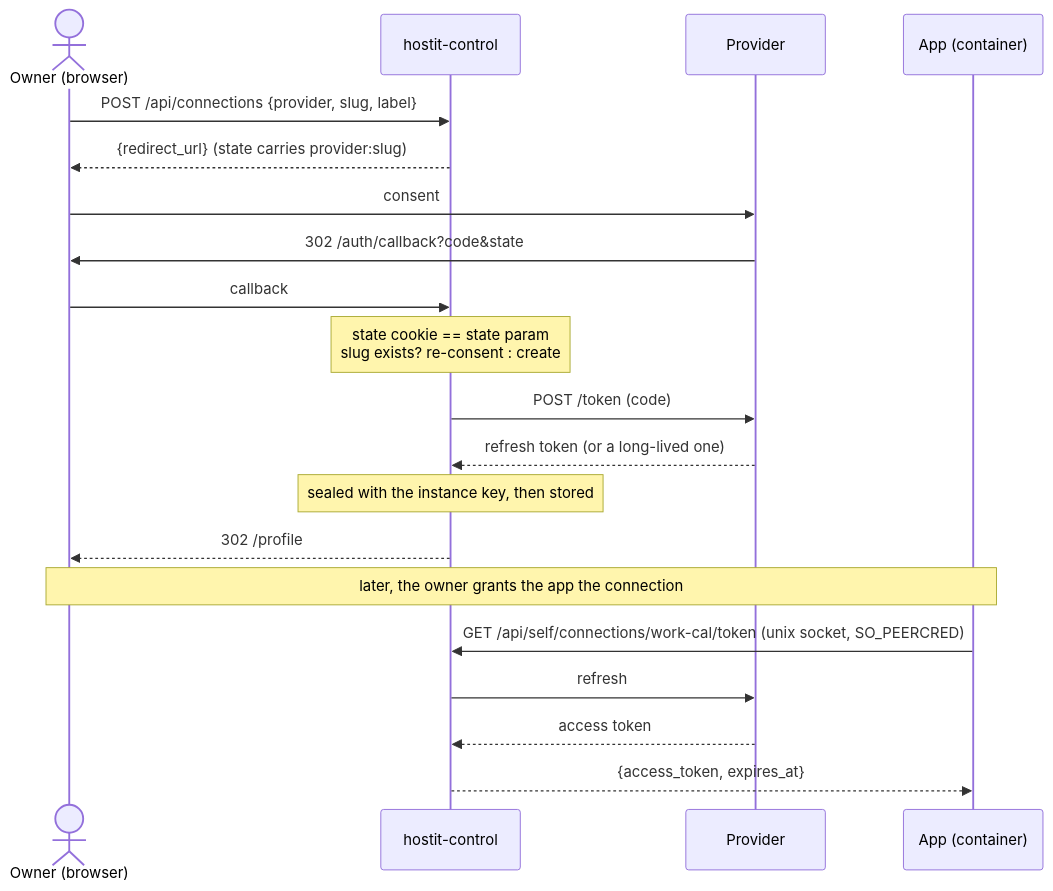
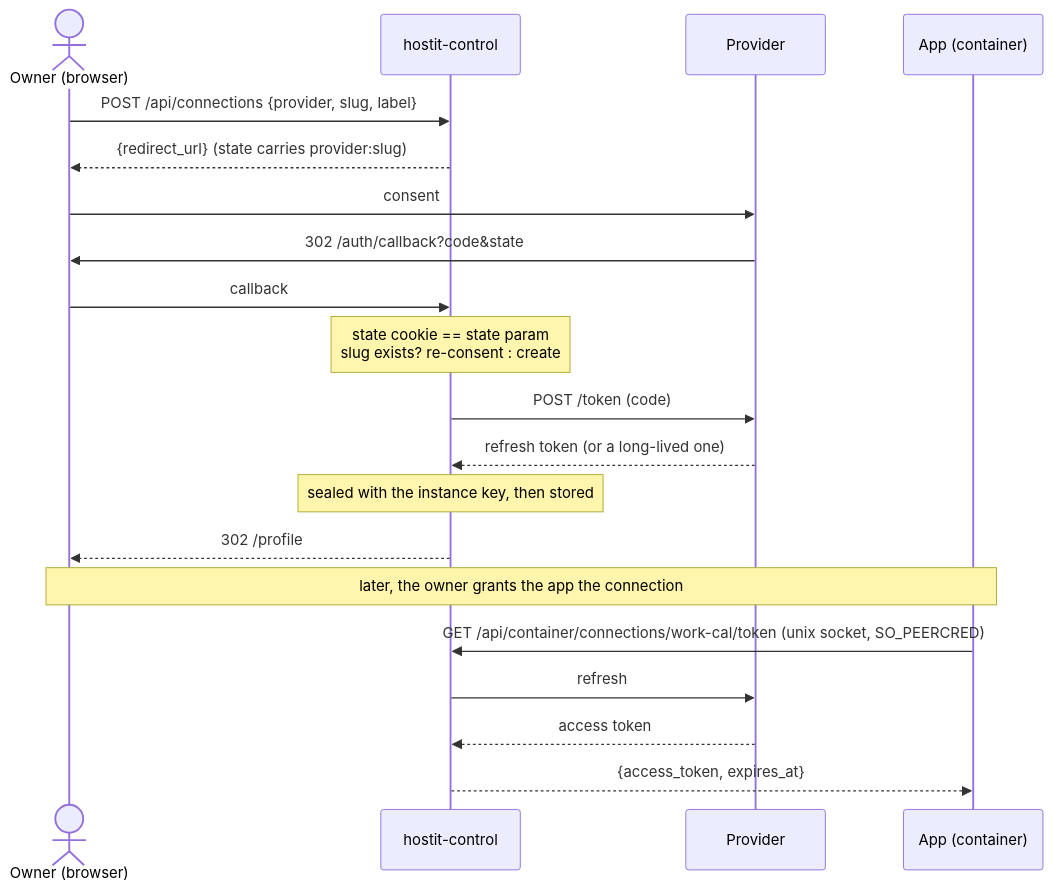
One commit to binwiederhier/hostit changed the diagram in docs/features/connections.md. Above: the diagram before and after it, drawn with Mermaid. The commit also changed other lines of this file and 14 other files, not shown here.

First line of the commit message:
/api/container, a ?kind= filter, and 404 where 400 was wrong

````diff
--- a/docs/features/connections.md
+++ b/docs/features/connections.md
@@ -155,24 +164,24 @@
 ```mermaid
 sequenceDiagram
     actor O as Owner (browser)
     participant H as hostit-control
     participant P as Provider
     participant A as App (container)
 
     O->>H: POST /api/connections {provider, slug, label}
     H-->>O: {redirect_url}  (state carries provider:slug)
     O->>P: consent
     P->>O: 302 /auth/callback?code&state
     O->>H: callback
     Note over H: state cookie == state param<br/>slug exists? re-consent : create
     H->>P: POST /token (code)
     P-->>H: refresh token (or a long-lived one)
     Note over H: sealed with the instance key, then stored
     H-->>O: 302 /profile
 
     Note over O,A: later, the owner grants the app the connection
-    A->>H: GET /api/self/connections/work-cal/token (unix socket, SO_PEERCRED)
+    A->>H: GET /api/container/connections/work-cal/token (unix socket, SO_PEERCRED)
     H->>P: refresh
     P-->>H: access token
     H-->>A: {access_token, expires_at}
 ```
````
